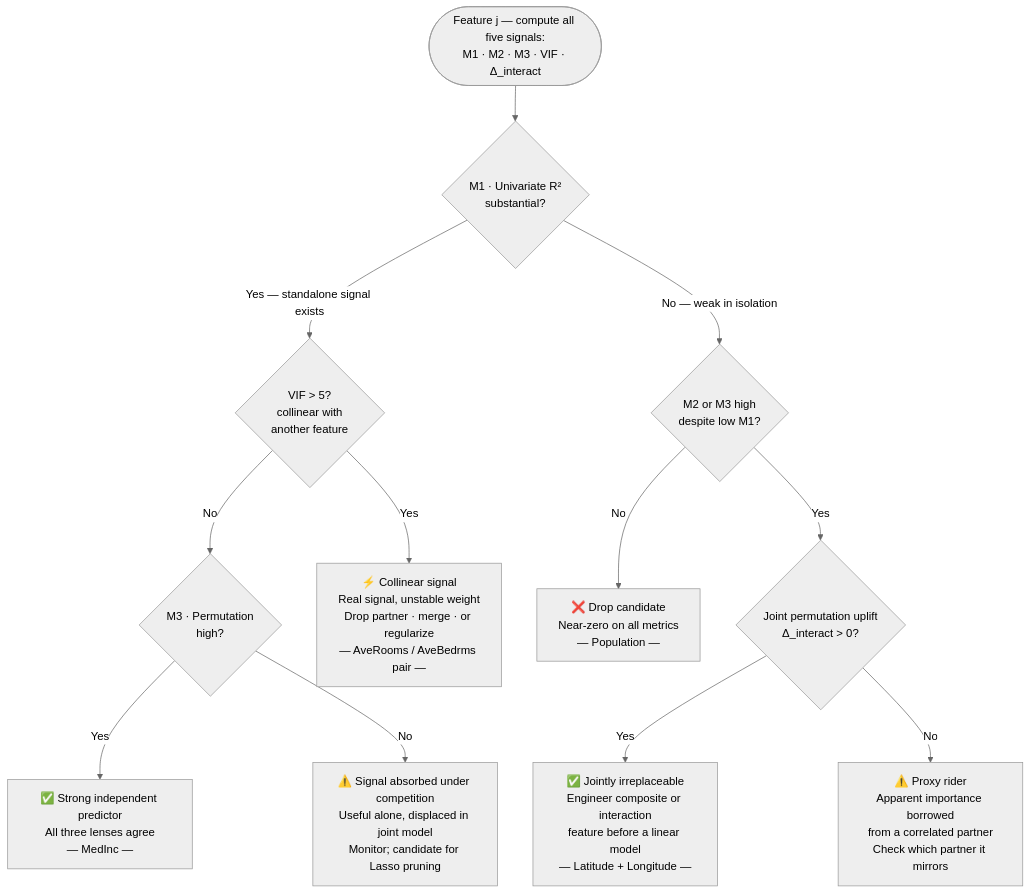
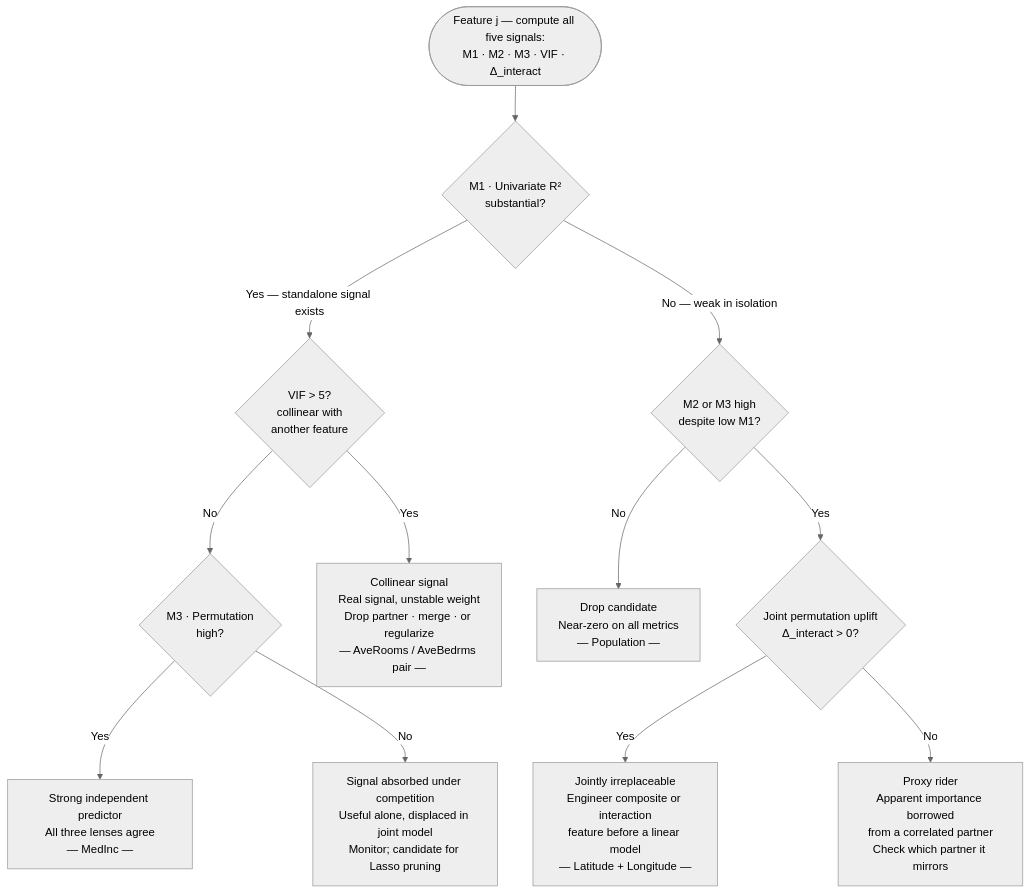
The first of 4 diagrams in notes/01-ml/01-regression/ch03_feature_importance/README.md (dsgouda7/ai-portfolio), drawn with Mermaid (neutral theme) before and after one commit. The commit also changed other lines of this file and 179 other files, not shown here.

````diff
--- a/notes/01-ml/01-regression/ch03_feature_importance/README.md
+++ b/notes/01-ml/01-regression/ch03_feature_importance/README.md
@@ -1079,27 +1079,27 @@
 ```mermaid
 flowchart TD
-    START(["Feature j — compute all five signals:\nM1 · M2 · M3 · VIF · Δ_interact"])
+ START(["Feature j — compute all five signals:\nM1 · M2 · M3 · VIF · Δ_interact"])
 
-    START --> M1{"M1 · Univariate R²\nsubstantial?"}
+ START --> M1{"M1 · Univariate R²\nsubstantial?"}
 
-    M1 -->|"Yes — standalone signal exists"| VIF
-    M1 -->|"No — weak in isolation"| M2M3
+ M1 -->|"Yes — standalone signal exists"| VIF
+ M1 -->|"No — weak in isolation"| M2M3
 
-    VIF{"VIF > 5?\ncollinear with\nanother feature"}
+ VIF{"VIF > 5?\ncollinear with\nanother feature"}
 
-    VIF -->|No| M3A
-    VIF -->|Yes| COLLINEAR["⚡ Collinear signal\nReal signal, unstable weight\nDrop partner · merge · or regularize\n― AveRooms / AveBedrms pair ―"]
+ VIF -->|No| M3A
+ VIF -->|Yes| COLLINEAR[" Collinear signal\nReal signal, unstable weight\nDrop partner · merge · or regularize\n― AveRooms / AveBedrms pair ―"]
 
-    M3A{"M3 · Permutation\nhigh?"}
+ M3A{"M3 · Permutation\nhigh?"}
 
-    M3A -->|Yes| STRONG["✅ Strong independent predictor\nAll three lenses agree\n― MedInc ―"]
-    M3A -->|No| ABSORBED["⚠️ Signal absorbed under competition\nUseful alone, displaced in joint model\nMonitor; candidate for Lasso pruning"]
+ M3A -->|Yes| STRONG[" Strong independent predictor\nAll three lenses agree\n― MedInc ―"]
+ M3A -->|No| ABSORBED[" Signal absorbed under competition\nUseful alone, displaced in joint model\nMonitor; candidate for Lasso pruning"]
 
-    M2M3{"M2 or M3 high\ndespite low M1?"}
+ M2M3{"M2 or M3 high\ndespite low M1?"}
 
-    M2M3 -->|No| DROP["❌ Drop candidate\nNear-zero on all metrics\n― Population ―"]
-    M2M3 -->|Yes| JOINT{"Joint permutation uplift\nΔ_interact > 0?"}
+ M2M3 -->|No| DROP[" Drop candidate\nNear-zero on all metrics\n― Population ―"]
+ M2M3 -->|Yes| JOINT{"Joint permutation uplift\nΔ_interact > 0?"}
 
-    JOINT -->|Yes| IRREPLACEABLE["✅ Jointly irreplaceable\nEngineer composite or interaction\nfeature before a linear model\n― Latitude + Longitude ―"]
-    JOINT -->|No| PROXY["⚠️ Proxy rider\nApparent importance borrowed\nfrom a correlated partner\nCheck which partner it mirrors"]
+ JOINT -->|Yes| IRREPLACEABLE[" Jointly irreplaceable\nEngineer composite or interaction\nfeature before a linear model\n― Latitude + Longitude ―"]
+ JOINT -->|No| PROXY[" Proxy rider\nApparent importance borrowed\nfrom a correlated partner\nCheck which partner it mirrors"]
 ```
````
